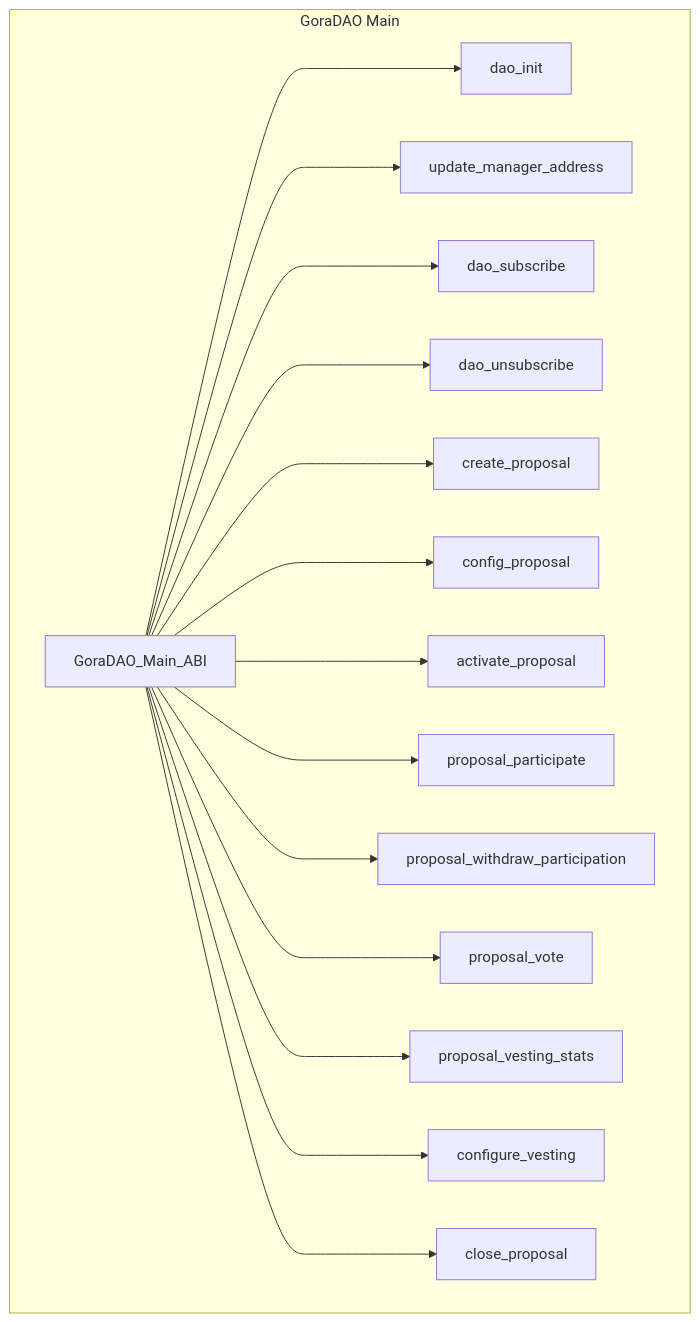
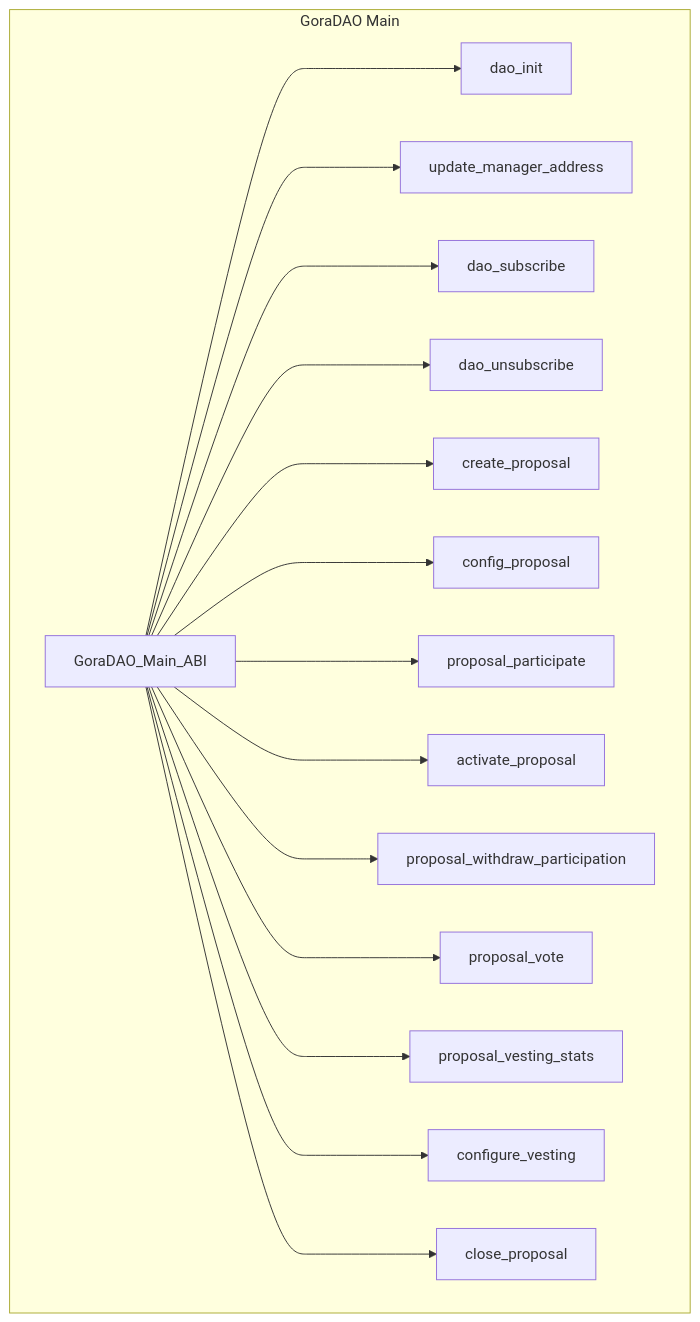
One commit to GoraNetwork/gora-dao-smartcontracts changed the sixth of 8 diagrams in README.md. Above: the diagram before and after it, drawn with Mermaid. The commit also changed other lines of this file and 1 other file, not shown here.

````diff
--- a/README.md
+++ b/README.md
@@ -213,41 +214,40 @@
 ```mermaid
 
 graph TB
  
       subgraph GoraDAO Main
             GoraDAO_Main[GoraDAO_Main_ABI]
             DAO_Init[dao_init]
             Update_Manager_address[update_manager_address]
             DAO_Subscribe[dao_subscribe]
             DAO_Unsubscribe[dao_unsubscribe]
-       
             Create_Proposal[create_proposal]
             Configure_Proposal[config_proposal]
             Activate_Voting[activate_proposal]
             Proposal_Participate[proposal_participate]
             Proposal_Withdraw_Participation[proposal_withdraw_participation]
             Proposal_Vote[proposal_vote]
             Proposal_Vesting_Stats[proposal_vesting_stats]
             Configure_Vesting[configure_vesting]
             Force_Close_Proposal[close_proposal]
        
         end
       
 
       GoraDAO_Main[GoraDAO_Main_ABI] ---> DAO_Init
       GoraDAO_Main[GoraDAO_Main_ABI] ---> Update_Manager_address
       GoraDAO_Main[GoraDAO_Main_ABI] ---> DAO_Subscribe
       GoraDAO_Main[GoraDAO_Main_ABI] ---> DAO_Unsubscribe
 
       GoraDAO_Main[GoraDAO_Main_ABI] ---> Create_Proposal
       GoraDAO_Main[GoraDAO_Main_ABI] ---> Configure_Proposal
+      GoraDAO_Main[GoraDAO_Main_ABI] ---> Proposal_Participate
       GoraDAO_Main[GoraDAO_Main_ABI] ---> Activate_Voting
-      GoraDAO_Main[GoraDAO_Main_ABI] ---> Proposal_Participate
       GoraDAO_Main[GoraDAO_Main_ABI] ---> Proposal_Withdraw_Participation
       GoraDAO_Main[GoraDAO_Main_ABI] ---> Proposal_Vote
       GoraDAO_Main[GoraDAO_Main_ABI] ---> Proposal_Vesting_Stats
       GoraDAO_Main[GoraDAO_Main_ABI] ---> Configure_Vesting
       GoraDAO_Main[GoraDAO_Main_ABI] ---> Force_Close_Proposal
  
 
 ```
````
